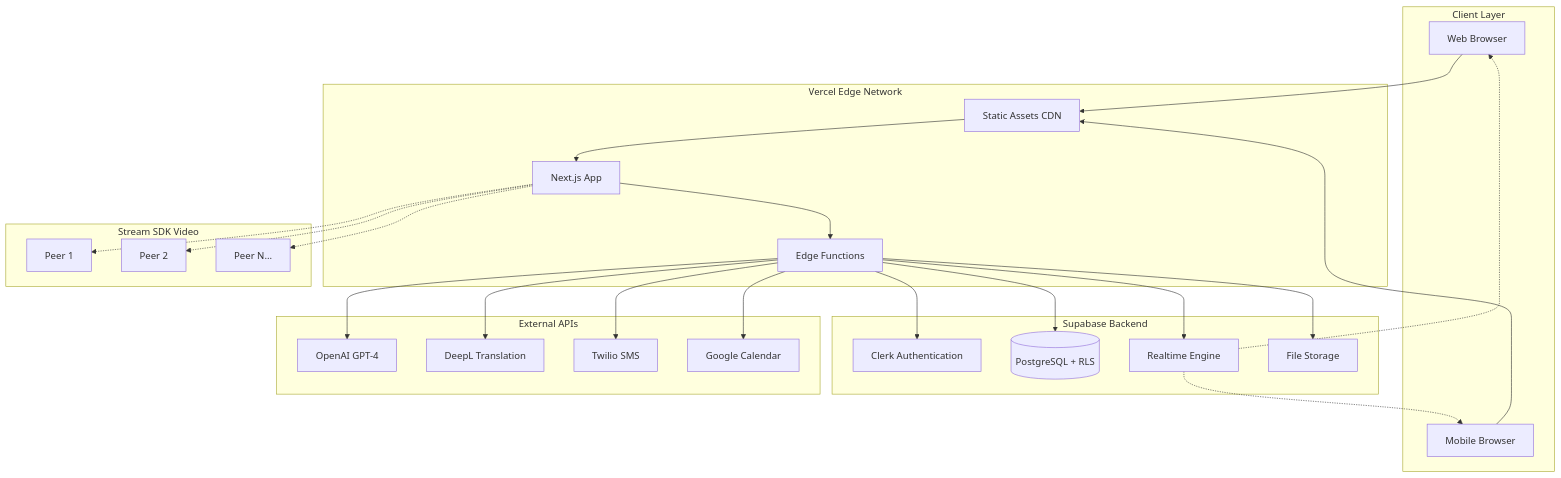
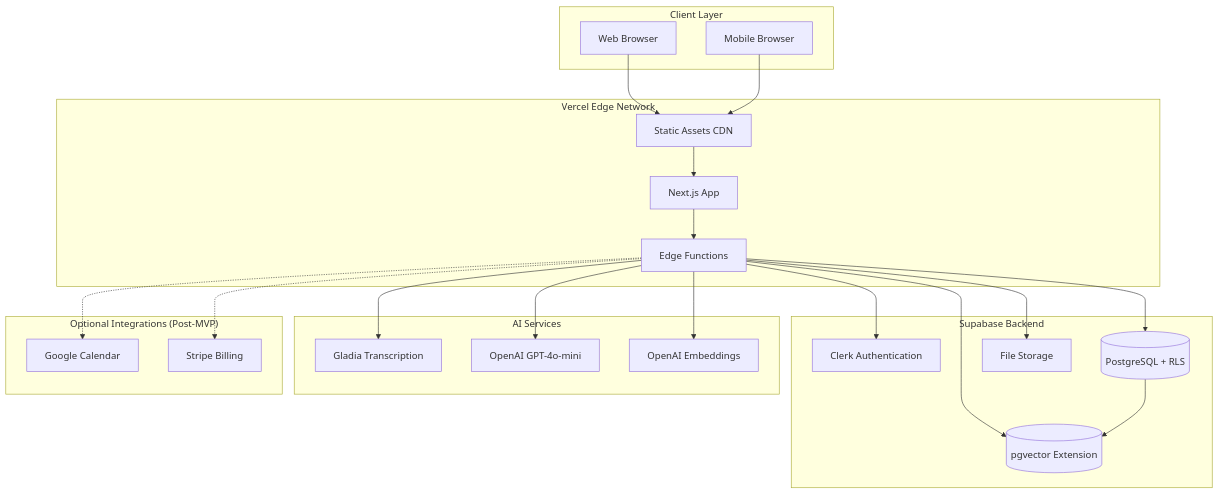
One commit to app-meetsolis/meetsolis changed the diagram in docs/architecture/high-level-architecture.md. Above: the diagram before and after it, drawn with Mermaid. The commit also changed other lines of this file and 89 other files, not shown here.

First line of the commit message:
Story 2.1: Client CRUD & Database Schema (Production Ready) (#29)

````diff
--- a/docs/architecture/high-level-architecture.md
+++ b/docs/architecture/high-level-architecture.md
@@ -21,54 +25,48 @@
 ```mermaid
 graph TB
     subgraph "Client Layer"
         WEB[Web Browser]
         MOBILE[Mobile Browser]
     end
 
     subgraph "Vercel Edge Network"
         CDN[Static Assets CDN]
         EDGE[Edge Functions]
         NEXTJS[Next.js App]
     end
 
     subgraph "Supabase Backend"
         AUTH[Clerk Authentication]
         DB[(PostgreSQL + RLS)]
-        REALTIME[Realtime Engine]
+        VECTOR[(pgvector Extension)]
         STORAGE[File Storage]
     end
 
-    subgraph "Stream SDK Video"
-        PEER1[Peer 1]
-        PEER2[Peer 2]
-        PEER3[Peer N...]
+    subgraph "AI Services"
+        GLADIA[Gladia Transcription]
+        OPENAI[OpenAI GPT-4o-mini]
+        EMBEDDINGS[OpenAI Embeddings]
     end
 
-    subgraph "External APIs"
-        OPENAI[OpenAI GPT-4]
-        DEEPL[DeepL Translation]
-        TWILIO[Twilio SMS]
+    subgraph "Optional Integrations (Post-MVP)"
         GCAL[Google Calendar]
+        STRIPE[Stripe Billing]
     end
 
     WEB --> CDN
     MOBILE --> CDN
     CDN --> NEXTJS
     NEXTJS --> EDGE
     EDGE --> AUTH
     EDGE --> DB
-    EDGE --> REALTIME
+    EDGE --> VECTOR
     EDGE --> STORAGE
 
-    NEXTJS -.-> PEER1
-    NEXTJS -.-> PEER2
-    NEXTJS -.-> PEER3
+    EDGE --> GLADIA
+    EDGE --> OPENAI
+    EDGE --> EMBEDDINGS
+    EDGE -.-> GCAL
+    EDGE -.-> STRIPE
 
-    EDGE --> OPENAI
-    EDGE --> DEEPL
-    EDGE --> TWILIO
-    EDGE --> GCAL
-
-    REALTIME -.-> WEB
-    REALTIME -.-> MOBILE
+    DB --> VECTOR
 ```
````
